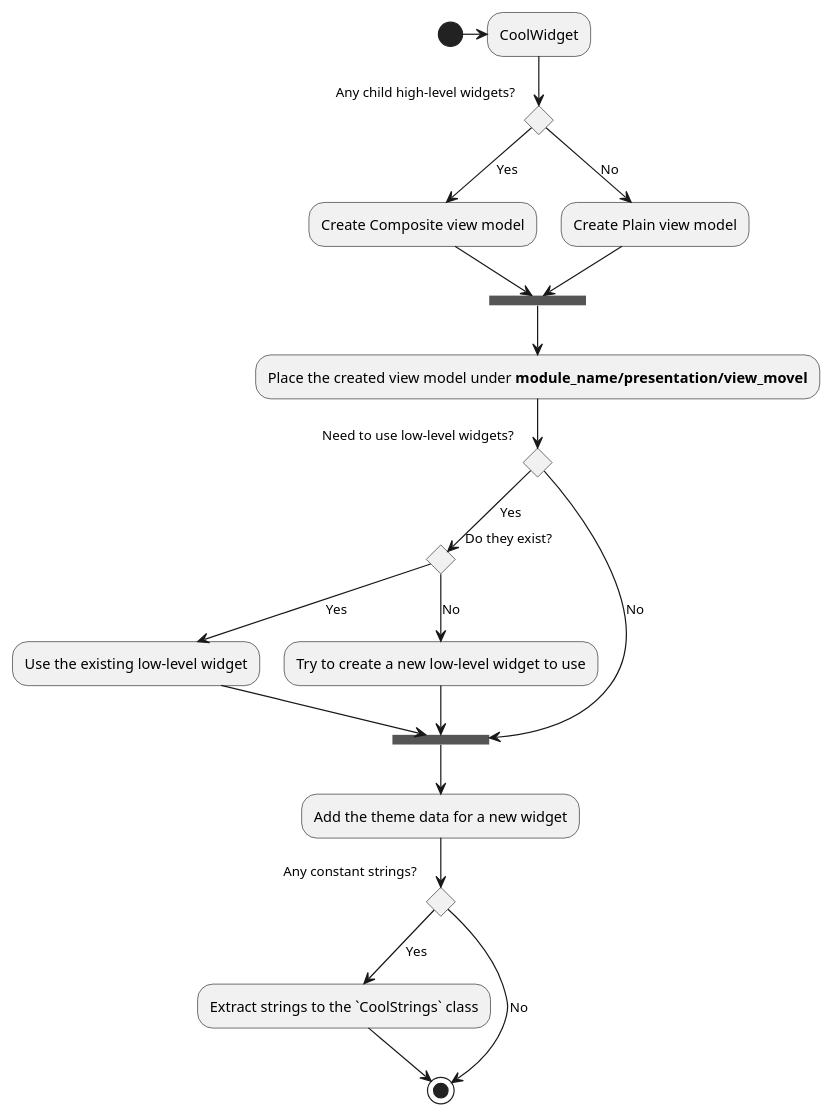
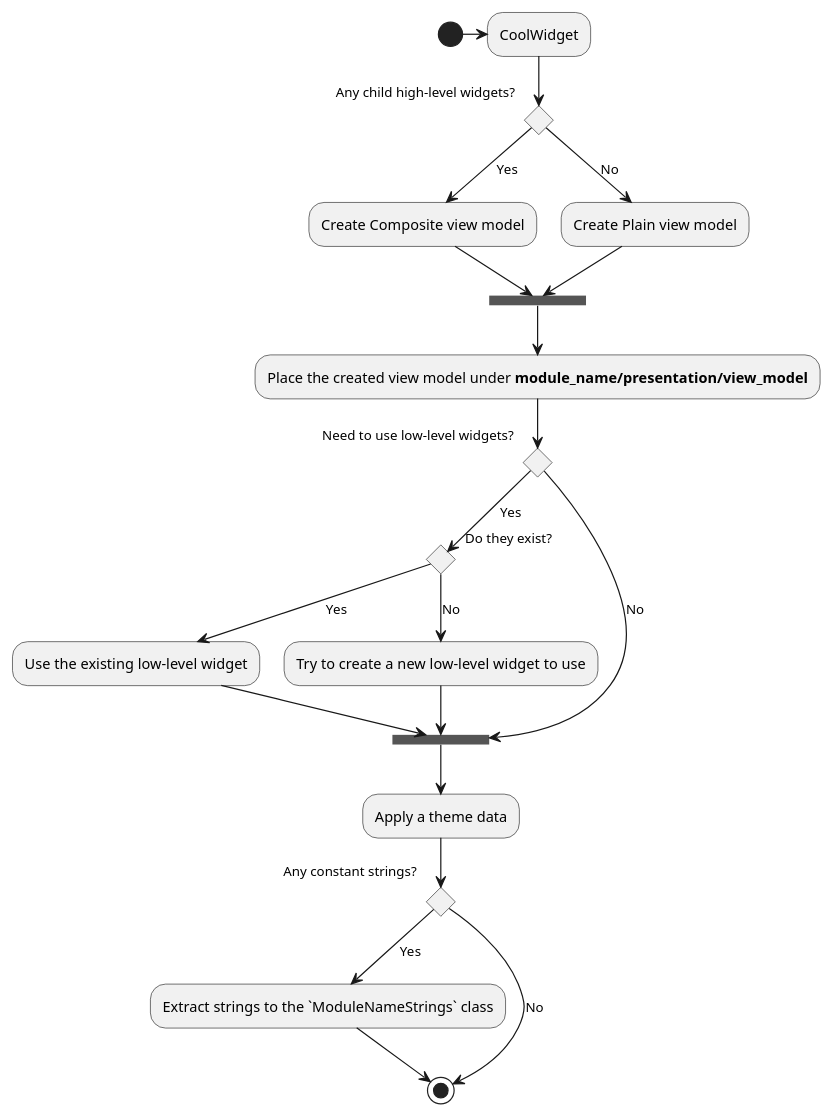
One commit to Flank/flank-dashboard changed the diagram in metrics/web/docs/diagrams/create_high_level_widget_activity_diagram.puml. Above: the diagram before and after it, drawn with PlantUML. The commit also changed 3 other files, not shown here.

```diff
--- a/metrics/web/docs/diagrams/create_high_level_widget_activity_diagram.puml
+++ b/metrics/web/docs/diagrams/create_high_level_widget_activity_diagram.puml
@@ -1,29 +1,29 @@
 @startuml create_high-level_widget_activity_diagram
 (*) -> CoolWidget
 --> if Any child high-level widgets? then
 --> [Yes] Create Composite view model 
 --> ===STEP1===
 else
 --> [No] Create Plain view model 
 --> ===STEP1===
 endif
---> Place the created view model under **module_name/presentation/view_movel**
+--> Place the created view model under **module_name/presentation/view_model**
 --> if Need to use low-level widgets? then
 --> [Yes] if Do they exist? then
 --> [Yes] Use the existing low-level widget
 --> ===STEP2===
 else
 --> [No] Try to create a new low-level widget to use
 --> ===STEP2===
 endif
 else 
 --> [No] ===STEP2===
 endif
---> Add the theme data for a new widget
+--> Apply a theme data
 --> if Any constant strings? then
---> [Yes] Extract strings to the `CoolStrings` class
+--> [Yes] Extract strings to the `ModuleNameStrings` class
 --> (*)
 else
 --> [No] (*)
 endif
 @enduml
```
